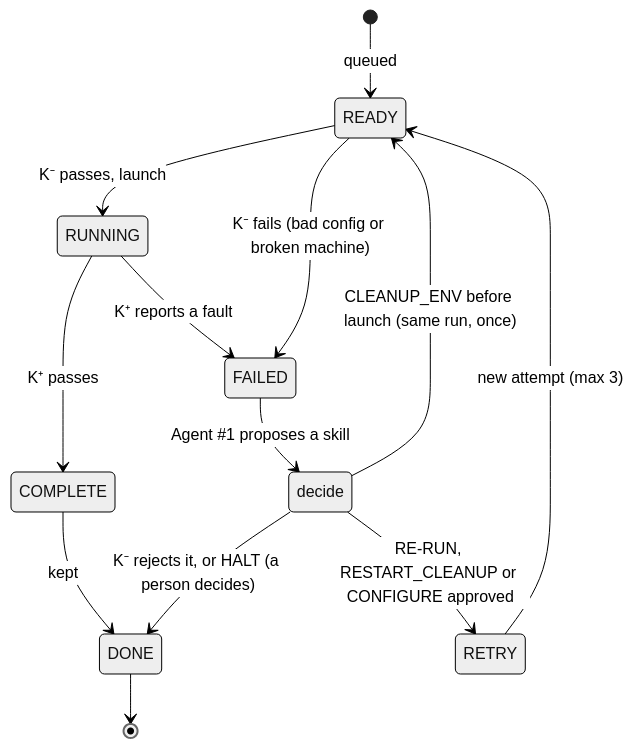
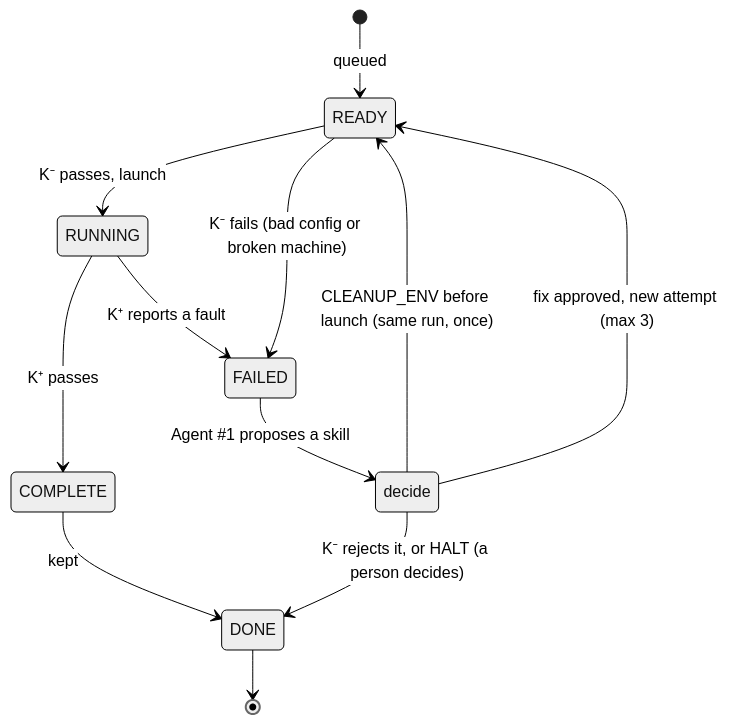
One commit to willv678/simgate changed the third of 5 diagrams in GUIDE.md. Above: the diagram before and after it, drawn with Mermaid (neutral theme). The commit also changed 1 other file, not shown here.

Commit message:
Draw the retry as an arrow so the diagram shows exactly five states

````diff
--- a/GUIDE.md
+++ b/GUIDE.md
@@ -93,16 +93,15 @@
 ```mermaid
 stateDiagram-v2
     [*] --> READY: queued
     READY --> RUNNING: K⁻ passes, launch
     READY --> FAILED: K⁻ fails (bad config or broken machine)
     RUNNING --> COMPLETE: K⁺ passes
     RUNNING --> FAILED: K⁺ reports a fault
     COMPLETE --> DONE: kept
     FAILED --> decide: Agent #1 proposes a skill
     state decide <<choice>>
     decide --> DONE: K⁻ rejects it, or HALT (a person decides)
     decide --> READY: CLEANUP_ENV before launch (same run, once)
-    decide --> RETRY: RE-RUN, RESTART_CLEANUP or CONFIGURE approved
-    RETRY --> READY: new attempt (max 3)
+    decide --> READY: fix approved, new attempt (max 3)
     DONE --> [*]
 ```
````
